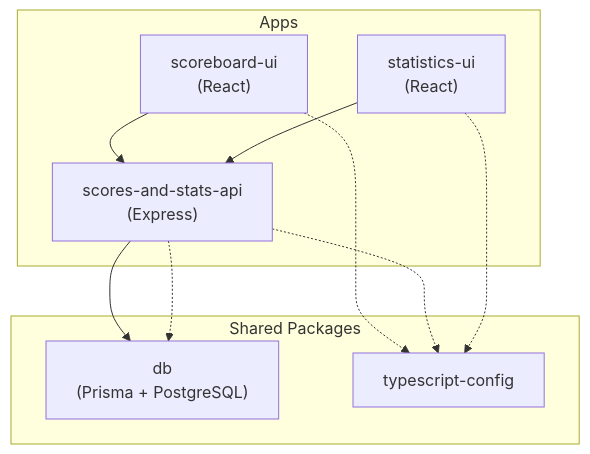
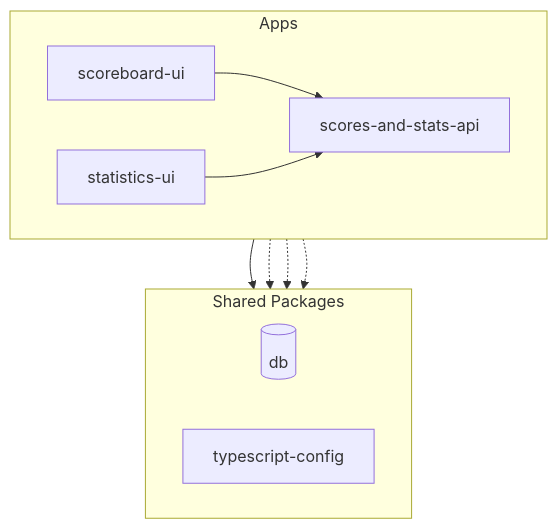
The second of 2 diagrams in apps/docs/src/content/docs/overview/welcome.md (dennisfurrer/rrsb-mono), drawn with Mermaid before and after one commit. The commit also changed other lines of this file and 13 other files, not shown here.

````diff
--- a/apps/docs/src/content/docs/overview/welcome.md
+++ b/apps/docs/src/content/docs/overview/welcome.md
@@ -59,21 +54,22 @@
 ```mermaid
 flowchart TB
-    subgraph apps ["Apps"]
-        SB["scoreboard-ui\n(React)"]
-        API["scores-and-stats-api\n(Express)"]
-        STATS["statistics-ui\n(React)"]
+    subgraph apps [" Apps "]
+        direction LR
+        SB[scoreboard-ui]
+        API[scores-and-stats-api]
+        STATS[statistics-ui]
     end
 
-    subgraph packages ["Shared Packages"]
-        DB["db\n(Prisma + PostgreSQL)"]
-        TS["typescript-config"]
+    subgraph packages [" Shared Packages "]
+        direction LR
+        DB[(db)]
+        TS[typescript-config]
     end
 
     SB --> API
+    STATS --> API
     API --> DB
-    STATS --> API
     SB -.-> TS
     API -.-> TS
     STATS -.-> TS
-    API -.-> DB
 ```
````
